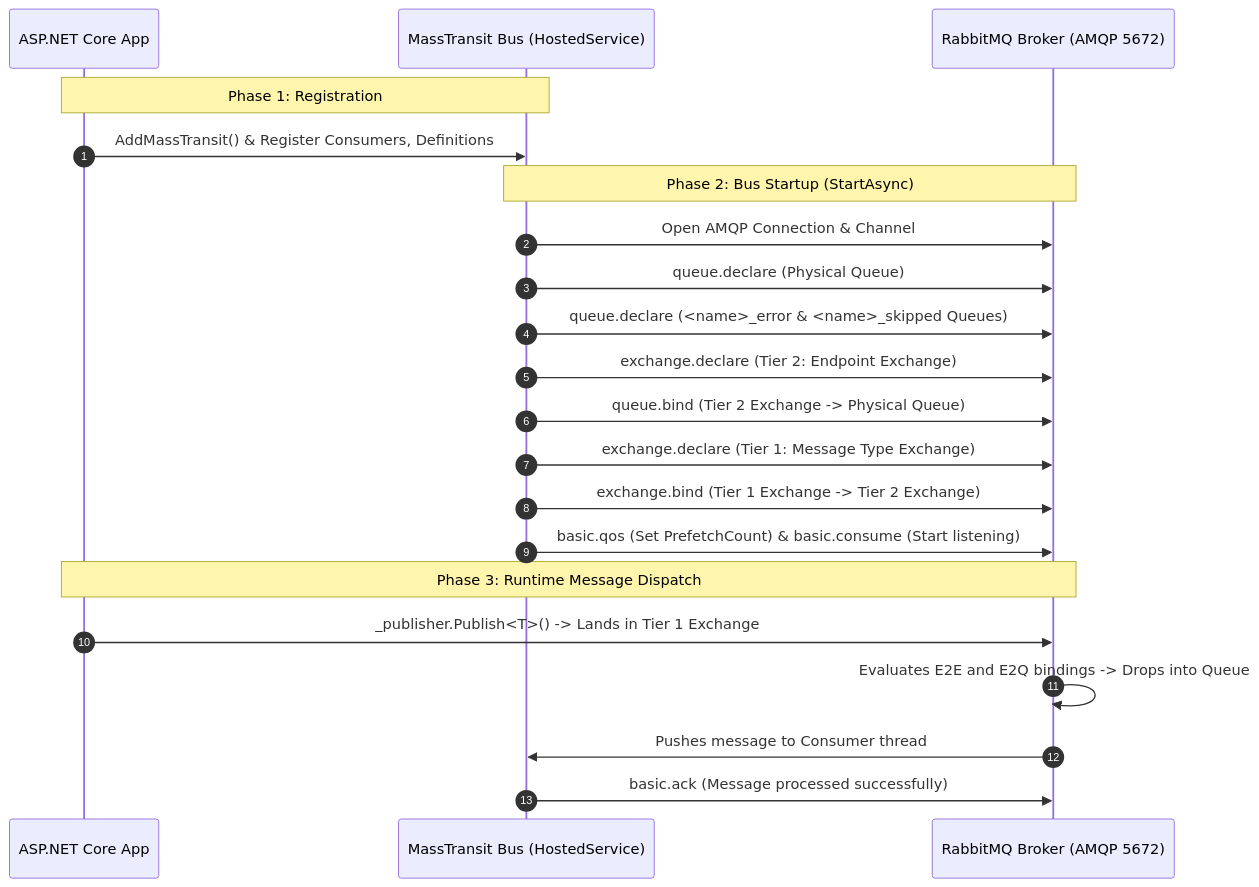
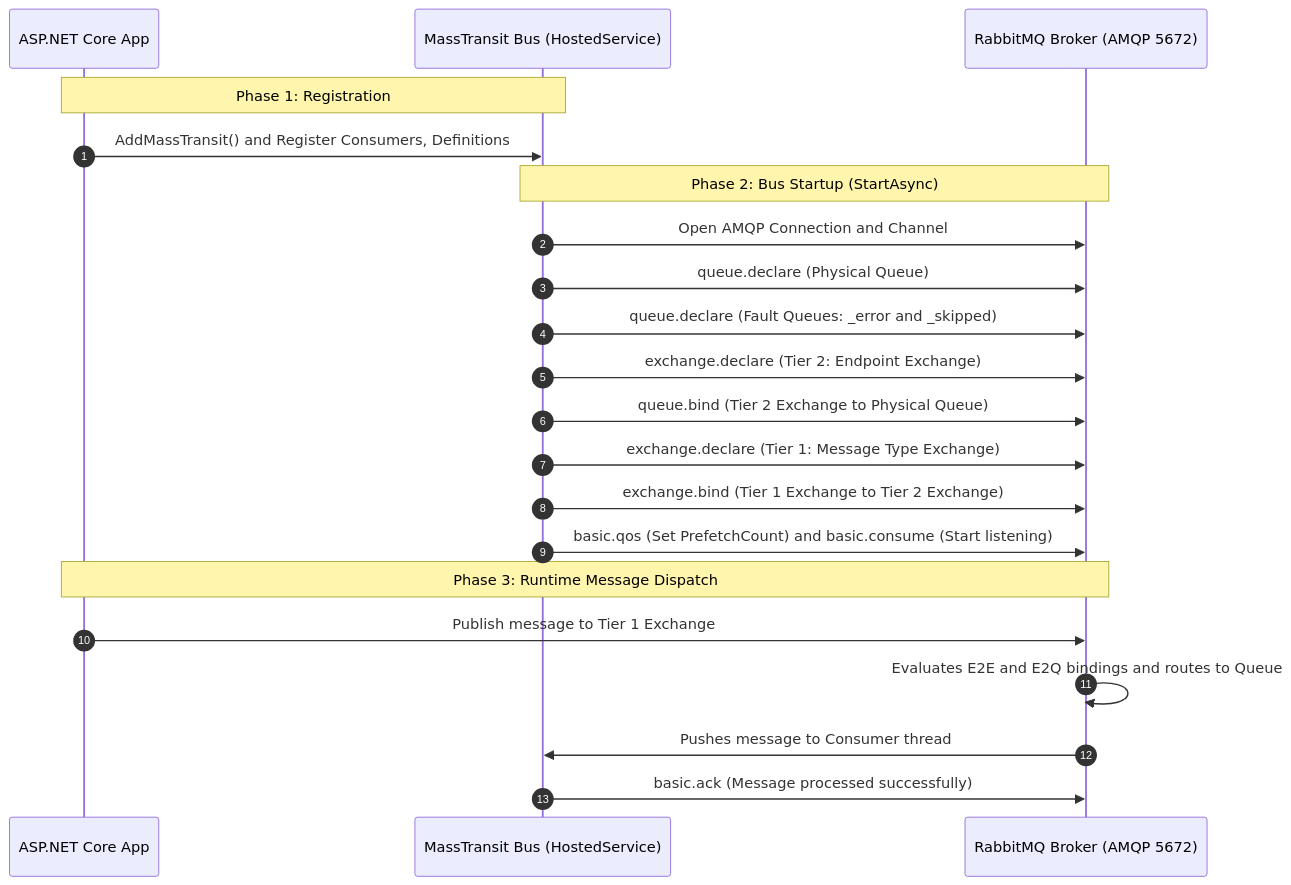
The fourth of 4 diagrams in docs/07-rabbitmq-broker-binding-lifecycle-workflow.md (Limon-s-Interview-Prep-Zone/Backend), drawn with Mermaid before and after one commit. The commit also changed other lines of this file and 5 other files, not shown here.

Commit message:
fix(docs): fix Mermaid syntax, subgraph IDs, relative links, and arrows

````diff
--- a/docs/07-rabbitmq-broker-binding-lifecycle-workflow.md
+++ b/docs/07-rabbitmq-broker-binding-lifecycle-workflow.md
@@ -126,26 +126,26 @@
 ```mermaid
 sequenceDiagram
     autonumber
     participant App as ASP.NET Core App
     participant MT as MassTransit Bus (HostedService)
     participant RMQ as RabbitMQ Broker (AMQP 5672)
 
     Note over App,MT: Phase 1: Registration
-    App->>MT: AddMassTransit() & Register Consumers, Definitions
+    App->>MT: AddMassTransit() and Register Consumers, Definitions
 
     Note over MT,RMQ: Phase 2: Bus Startup (StartAsync)
-    MT->>RMQ: Open AMQP Connection & Channel
+    MT->>RMQ: Open AMQP Connection and Channel
     MT->>RMQ: queue.declare (Physical Queue)
-    MT->>RMQ: queue.declare (<name>_error & <name>_skipped Queues)
+    MT->>RMQ: queue.declare (Fault Queues: _error and _skipped)
     MT->>RMQ: exchange.declare (Tier 2: Endpoint Exchange)
-    MT->>RMQ: queue.bind (Tier 2 Exchange -> Physical Queue)
+    MT->>RMQ: queue.bind (Tier 2 Exchange to Physical Queue)
     MT->>RMQ: exchange.declare (Tier 1: Message Type Exchange)
-    MT->>RMQ: exchange.bind (Tier 1 Exchange -> Tier 2 Exchange)
-    MT->>RMQ: basic.qos (Set PrefetchCount) & basic.consume (Start listening)
+    MT->>RMQ: exchange.bind (Tier 1 Exchange to Tier 2 Exchange)
+    MT->>RMQ: basic.qos (Set PrefetchCount) and basic.consume (Start listening)
 
     Note over App,RMQ: Phase 3: Runtime Message Dispatch
-    App->>RMQ: _publisher.Publish<T>() -> Lands in Tier 1 Exchange
-    RMQ->>RMQ: Evaluates E2E and E2Q bindings -> Drops into Queue
+    App->>RMQ: Publish message to Tier 1 Exchange
+    RMQ->>RMQ: Evaluates E2E and E2Q bindings and routes to Queue
     RMQ->>MT: Pushes message to Consumer thread
     MT->>RMQ: basic.ack (Message processed successfully)
 ```
````
